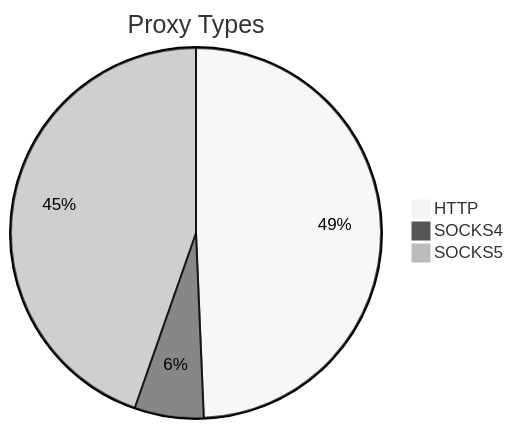
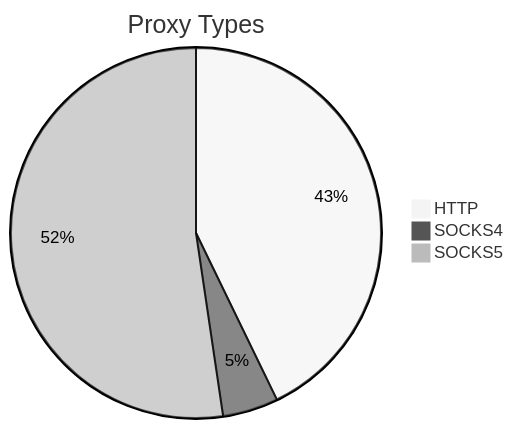
The first of 2 diagrams in README.md (stormsia/proxy-list), drawn with Mermaid (neutral theme) before and after one commit. The commit also changed other lines of this file, not shown here.

````diff
--- a/README.md
+++ b/README.md
@@ -21,6 +21,6 @@
 ```mermaid
 pie title Proxy Types
-    "HTTP" : 368
-    "SOCKS4" : 45
-    "SOCKS5" : 333
+    "HTTP" : 256
+    "SOCKS4" : 29
+    "SOCKS5" : 313
 ```
````
